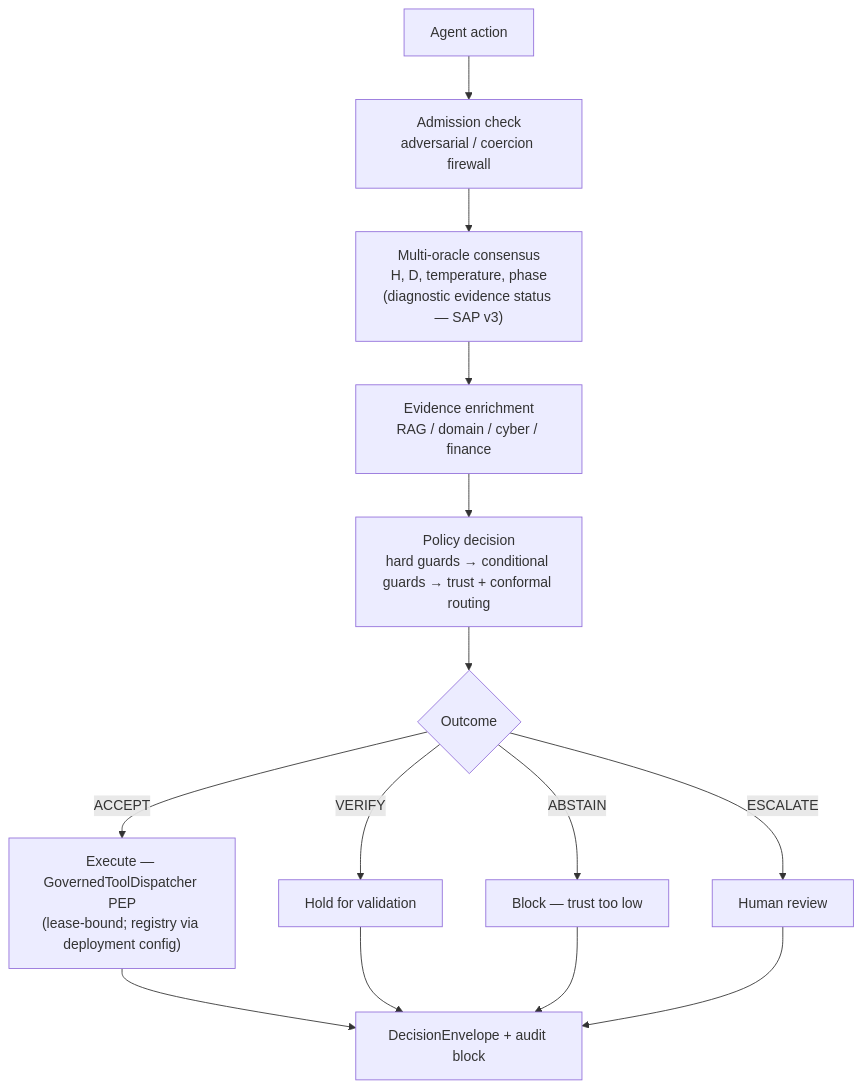
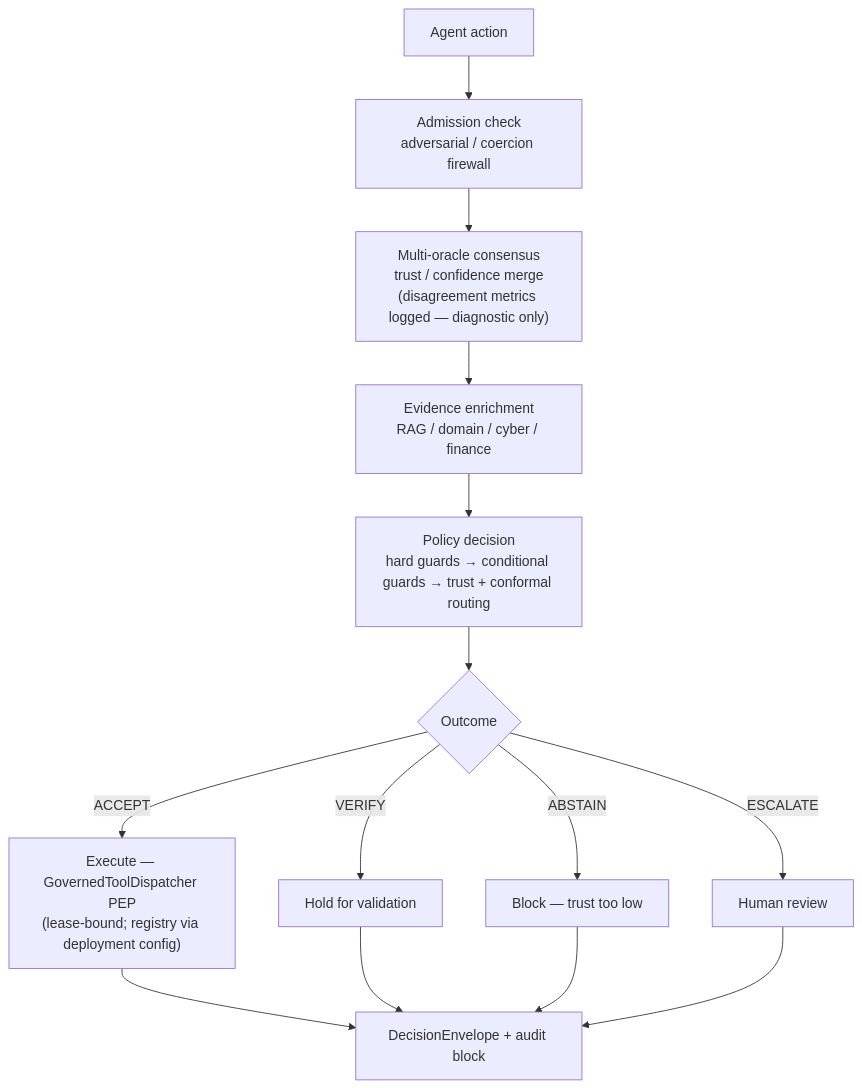
One commit to darklordVirtual/REMORA-research changed the diagram in README.md. Above: the diagram before and after it, drawn with Mermaid. The commit also changed other lines of this file and 2 other files, not shown here.

````diff
--- a/README.md
+++ b/README.md
@@ -48,16 +48,16 @@
 ```mermaid
 flowchart TD
     A[Agent action] --> B[Admission check\nadversarial / coercion firewall]
-    B --> C["Multi-oracle consensus\nH, D, temperature, phase\n(diagnostic evidence status — SAP v3)"]
+    B --> C["Multi-oracle consensus\ntrust / confidence merge\n(disagreement metrics logged — diagnostic only)"]
     C --> D[Evidence enrichment\nRAG / domain / cyber / finance]
     D --> E[Policy decision\nhard guards → conditional guards → trust + conformal routing]
     E --> F{Outcome}
     F -->|ACCEPT| G["Execute — GovernedToolDispatcher PEP\n(lease-bound; registry via deployment config)"]
     F -->|VERIFY| H[Hold for validation]
     F -->|ABSTAIN| I[Block — trust too low]
     F -->|ESCALATE| J[Human review]
     G --> K[DecisionEnvelope + audit block]
     H --> K
     I --> K
     J --> K
 ```
````
